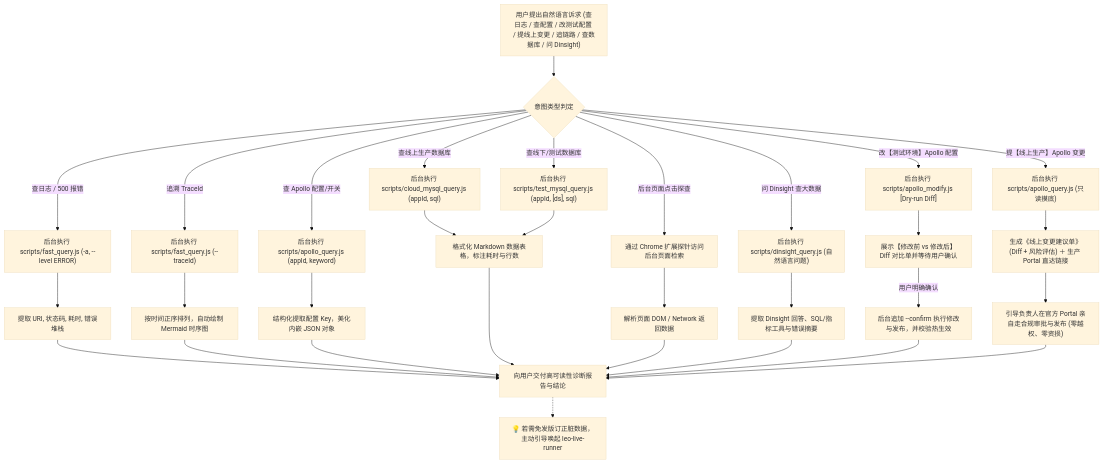
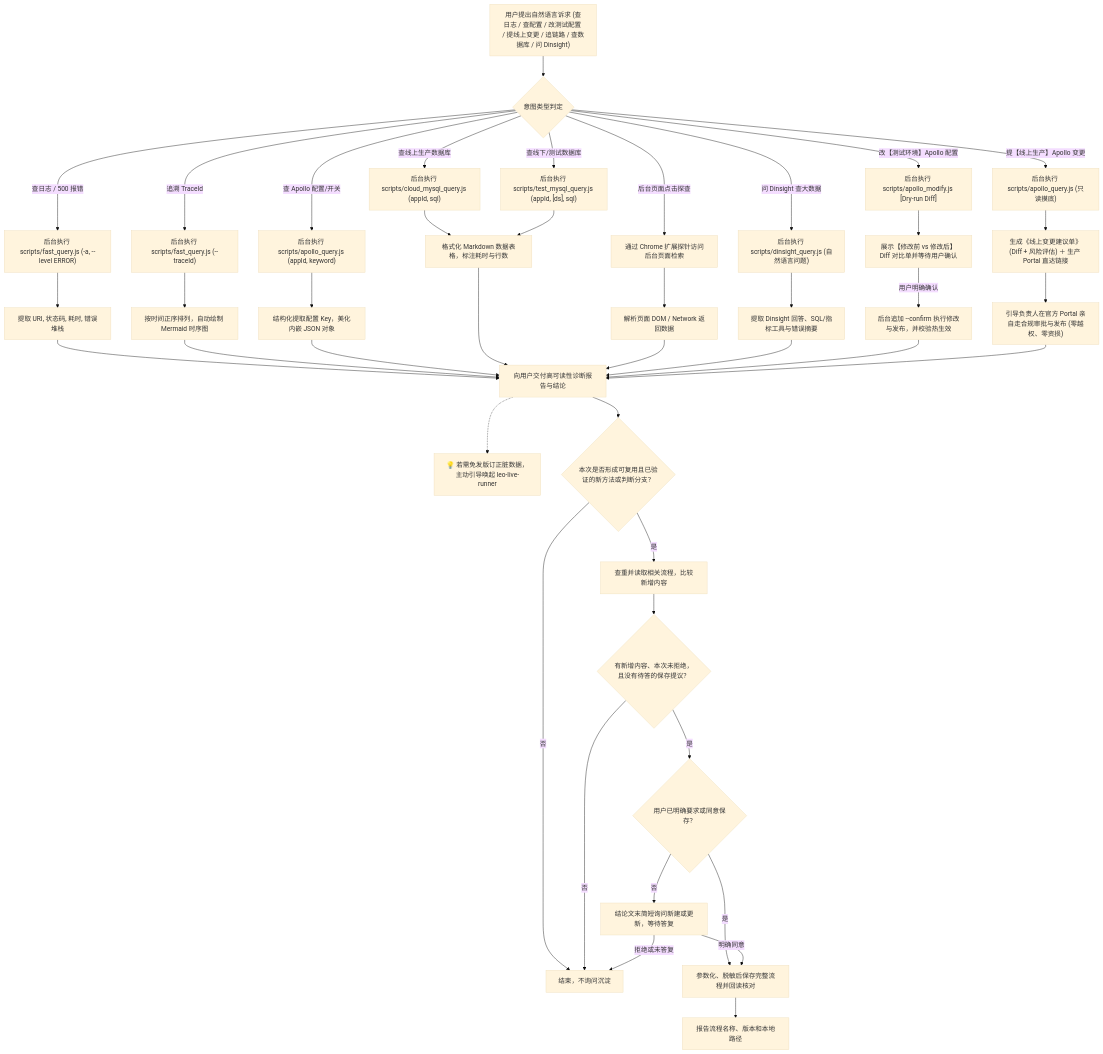
One commit to zlpawn/leo-live-runner changed the diagram in skills/leo-live-inspector/SKILL.md. Above: the diagram before and after it, drawn with Mermaid (base theme). The commit also changed other lines of this file and 1 other file, not shown here.

Commit message:
docs(inspector): close the knowledge capture workflow

````diff
--- a/skills/leo-live-inspector/SKILL.md
+++ b/skills/leo-live-inspector/SKILL.md
@@ -99,28 +99,39 @@
 ```mermaid
 flowchart TD
     A["用户提出自然语言诉求 (查日志 / 查配置 / 改测试配置 / 提线上变更 / 追链路 / 查数据库 / 问 Dinsight)"] --> B{"意图类型判定"}
     
     B -->|"查日志 / 500 报错"| C1["后台执行 scripts/fast_query.js (-a, --level ERROR)"]
     B -->|"追溯 TraceId"| C2["后台执行 scripts/fast_query.js (--traceId)"]
     B -->|"查 Apollo 配置/开关"| C3["后台执行 scripts/apollo_query.js (appId, keyword)"]
     B -->|"改【测试环境】Apollo 配置"| C7["后台执行 scripts/apollo_modify.js [Dry-run Diff]"]
     B -->|"提【线上生产】Apollo 变更"| C8["后台执行 scripts/apollo_query.js (只读摸底)"]
     B -->|"查线上生产数据库"| C4["后台执行 scripts/cloud_mysql_query.js (appId, sql)"]
     B -->|"查线下/测试数据库"| C5["后台执行 scripts/test_mysql_query.js (appId, [ds], sql)"]
     B -->|"问 Dinsight 查大数据"| C9["后台执行 scripts/dinsight_query.js (自然语言问题)"]
     B -->|"后台页面点击探查"| C6["通过 Chrome 扩展探针访问后台页面检索"]
 
     C1 --> D1["提取 URI, 状态码, 耗时, 错误堆栈"]
     C2 --> D2["按时间正序排列，自动绘制 Mermaid 时序图"]
     C3 --> D3["结构化提取配置 Key，美化内嵌 JSON 对象"]
     C7 --> D7["展示【修改前 vs 修改后】Diff 对比单并等待用户确认"]
     D7 -->|用户明确确认| E7["后台追加 --confirm 执行修改与发布，并校验热生效"]
     C8 --> D8["生成《线上变更建议单》(Diff + 风险评估) ＋ 生产 Portal 直达链接"]
     D8 --> E8["引导负责人在官方 Portal 亲自走合规审批与发布 (零越权、零资损)"]
     C4 & C5 --> D4["格式化 Markdown 数据表格，标注耗时与行数"]
     C9 --> D9["提取 Dinsight 回答、SQL/指标工具与错误摘要"]
     C6 --> D5["解析页面 DOM / Network 返回数据"]
 
     D1 & D2 & D3 & D4 & D5 & D9 & E7 & E8 --> E["向用户交付高可读性诊断报告与结论"]
     E -.-> F["💡 若需免发版订正脏数据，主动引导唤起 leo-live-runner"]
+    E --> G{"本次是否形成可复用且已验证的新方法或判断分支？"}
+    G -->|否| Z["结束，不询问沉淀"]
+    G -->|是| H["查重并读取相关流程，比较新增内容"]
+    H --> I{"有新增内容、本次未拒绝，且没有待答的保存提议？"}
+    I -->|否| Z
+    I -->|是| J{"用户已明确要求或同意保存？"}
+    J -->|否| K["结论文末简短询问新建或更新，等待答复"]
+    J -->|是| L["参数化、脱敏后保存完整流程并回读核对"]
+    K -->|明确同意| L
+    K -->|拒绝或未答复| Z
+    L --> M["报告流程名称、版本和本地路径"]
 ```
````
